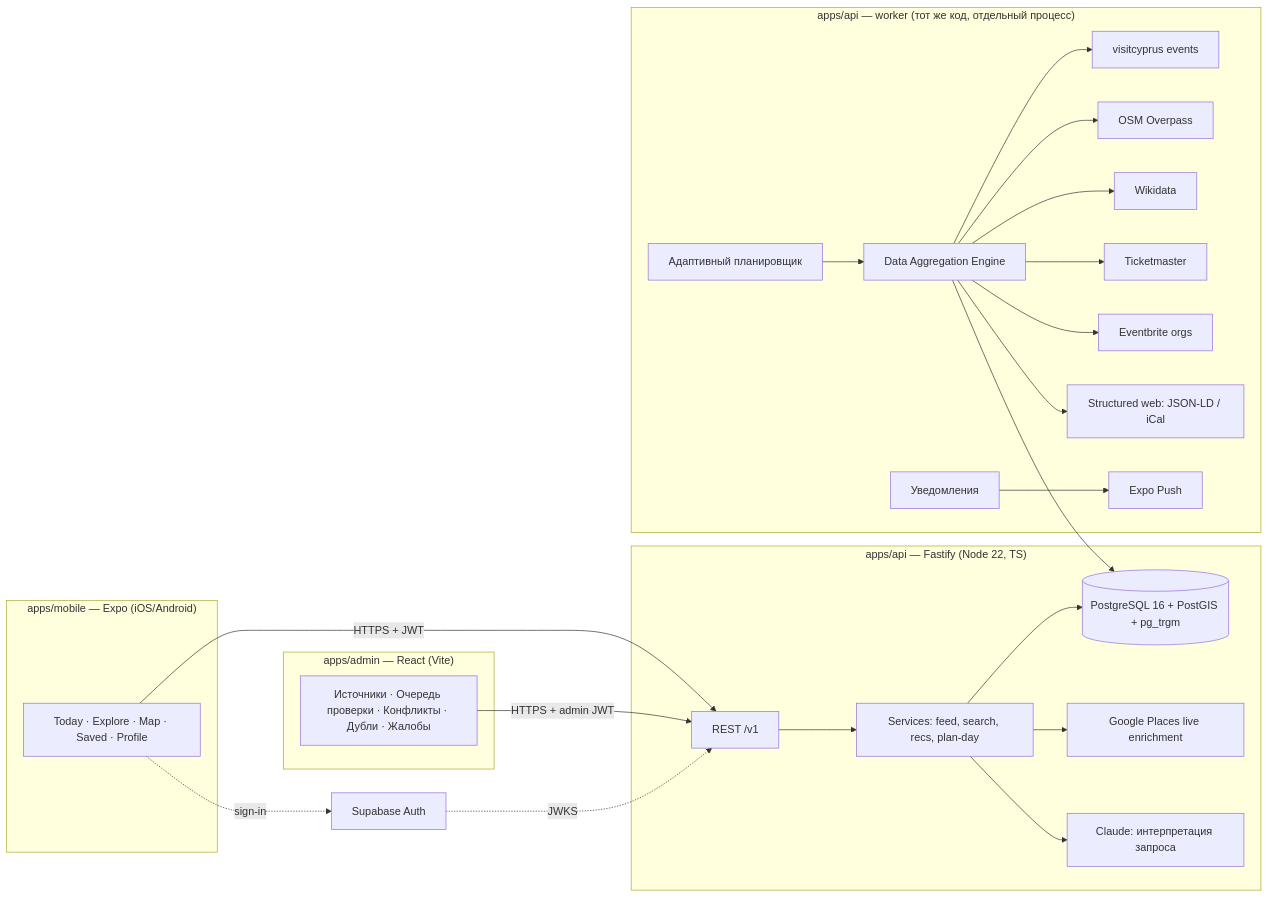
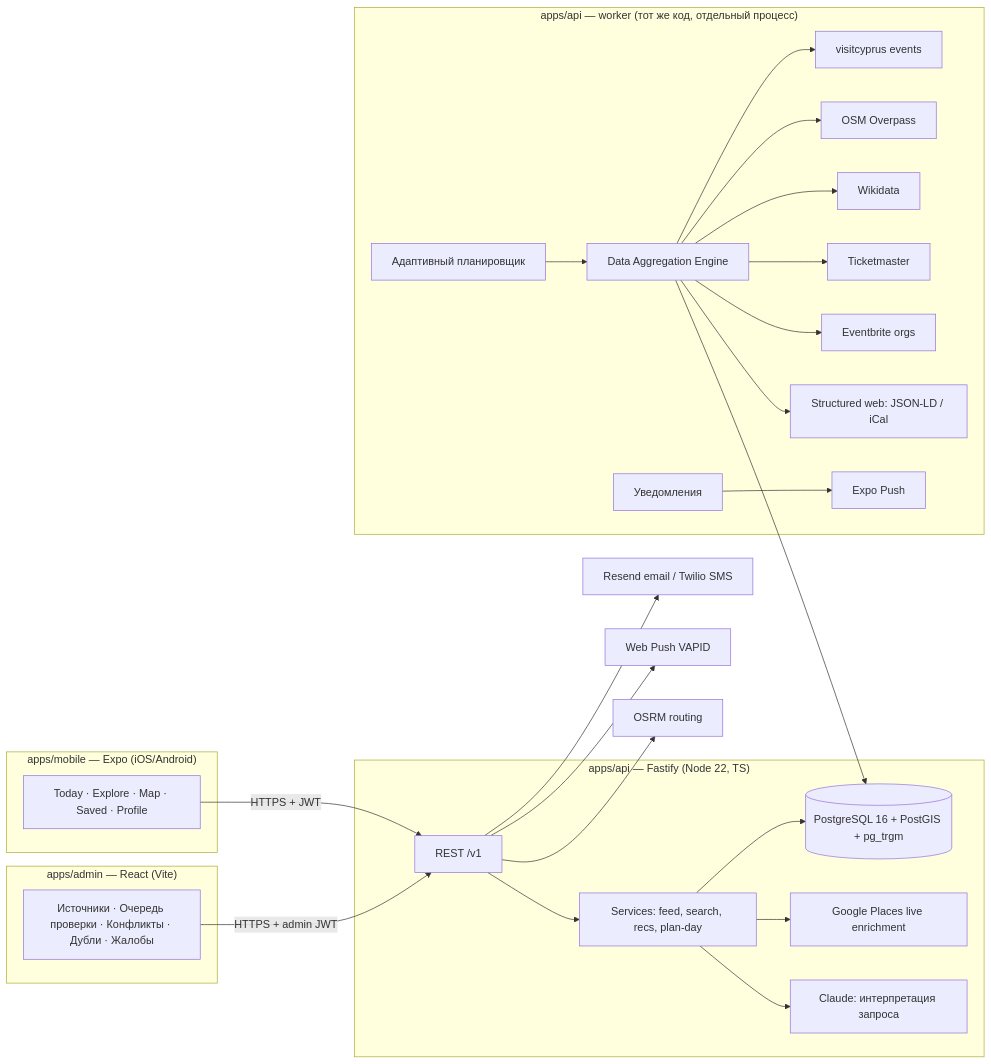
The first of 2 diagrams in docs/02-architecture.md (senssesquad-debug/-stripe-), drawn with Mermaid before and after one commit. The commit also changed other lines of this file and 56 other files, not shown here.

````diff
--- a/docs/02-architecture.md
+++ b/docs/02-architecture.md
@@ -5,30 +5,31 @@
 ```mermaid
 flowchart LR
   subgraph Mobile["apps/mobile — Expo (iOS/Android)"]
     UI[Today · Explore · Map · Saved · Profile]
   end
   subgraph Admin["apps/admin — React (Vite)"]
     AUI[Источники · Очередь проверки · Конфликты · Дубли · Жалобы]
   end
   subgraph API["apps/api — Fastify (Node 22, TS)"]
     R[REST /v1] --> S[Services: feed, search, recs, plan-day]
     S --> DB[(PostgreSQL 16 + PostGIS + pg_trgm)]
     S --> G[Google Places live enrichment]
     S --> AI[Claude: интерпретация запроса]
   end
   subgraph Worker["apps/api — worker (тот же код, отдельный процесс)"]
     SCH[Адаптивный планировщик] --> ENG[Data Aggregation Engine]
     ENG --> C1[visitcyprus events]
     ENG --> C2[OSM Overpass]
     ENG --> C3[Wikidata]
     ENG --> C4[Ticketmaster]
     ENG --> C5[Eventbrite orgs]
     ENG --> C6[Structured web: JSON-LD / iCal]
     ENG --> DB
     NOTIF[Уведомления] --> EXPO[Expo Push]
   end
   UI -->|HTTPS + JWT| R
   AUI -->|HTTPS + admin JWT| R
-  AUTH[Supabase Auth] -.JWKS.-> R
-  UI -.sign-in.-> AUTH
+  R --> MAIL[Resend email / Twilio SMS]
+  R --> WP[Web Push VAPID]
+  R --> OSRM[OSRM routing]
 ```
````
